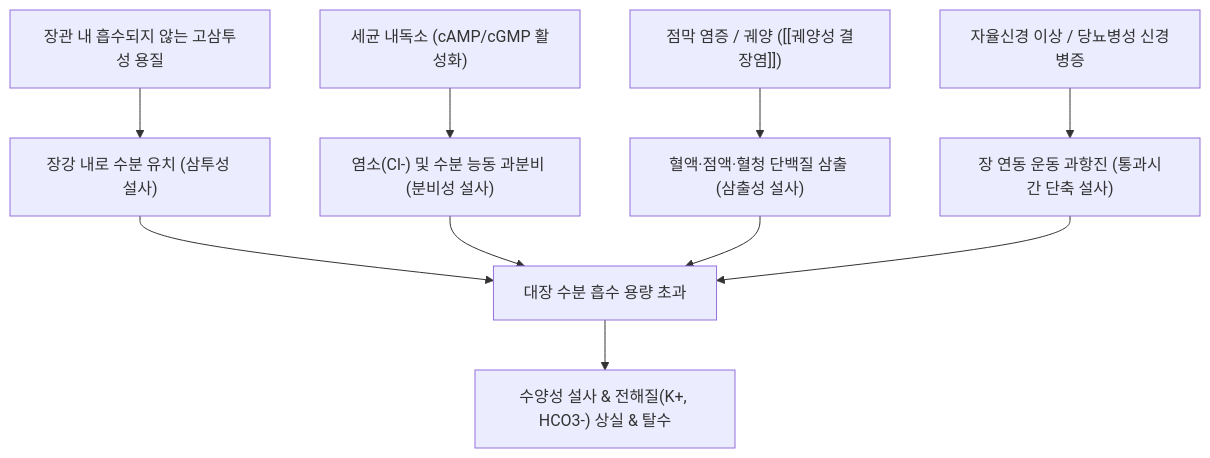
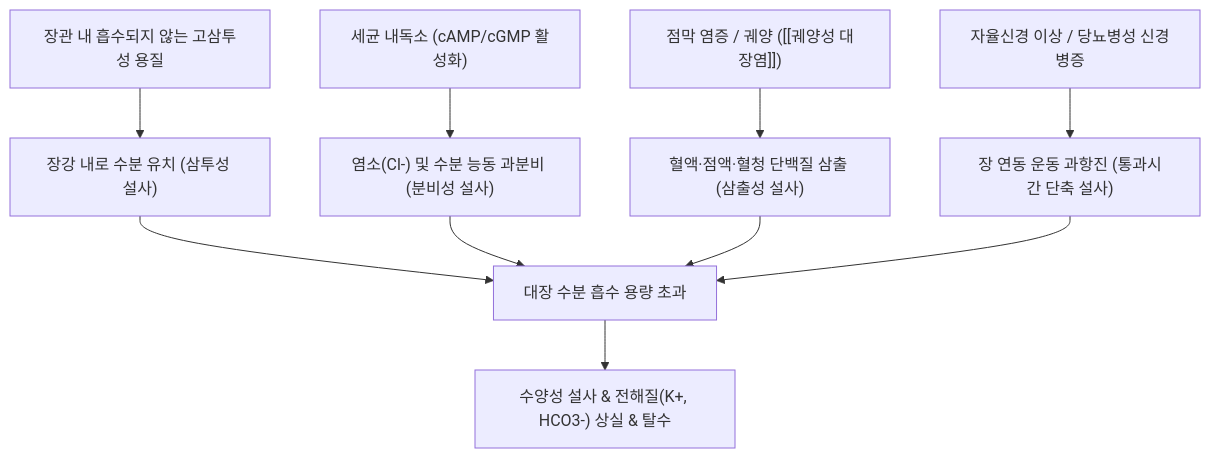
One commit to simbio11/simbio-digital-garden2 changed the first of 2 diagrams in content/3. 이론 공부/질환/소화기 질환/03_소장·대장·복막/설사.md. Above: the diagram before and after it, drawn with Mermaid. The commit also changed other lines of this file and 442 other files, not shown here.

````diff
--- a/content/3. 이론 공부/질환/소화기 질환/03_소장·대장·복막/설사.md
+++ b/content/3. 이론 공부/질환/소화기 질환/03_소장·대장·복막/설사.md
@@ -71,10 +71,10 @@
 ```mermaid
 graph TD
     Cause1["장관 내 흡수되지 않는 고삼투성 용질"] --> Osmotic["장강 내로 수분 유치 (삼투성 설사)"]
     Cause2["세균 내독소 (cAMP/cGMP 활성화)"] --> Secretory["염소(Cl-) 및 수분 능동 과분비 (분비성 설사)"]
-    Cause3["점막 염증 / 궤양 ([[궤양성 결장염]])"] --> Exudative["혈액·점액·혈청 단백질 삼출 (삼출성 설사)"]
+    Cause3["점막 염증 / 궤양 ([[궤양성 대장염]])"] --> Exudative["혈액·점액·혈청 단백질 삼출 (삼출성 설사)"]
     Cause4["자율신경 이상 / 당뇨병성 신경병증"] --> Motility["장 연동 운동 과항진 (통과시간 단축 설사)"]
 
     Osmotic & Secretory & Exudative & Motility --> WaterOverload["대장 수분 흡수 용량 초과"]
     WaterOverload --> Diarrhea["수양성 설사 & 전해질(K+, HCO3-) 상실 & 탈수"]
 ```
````
